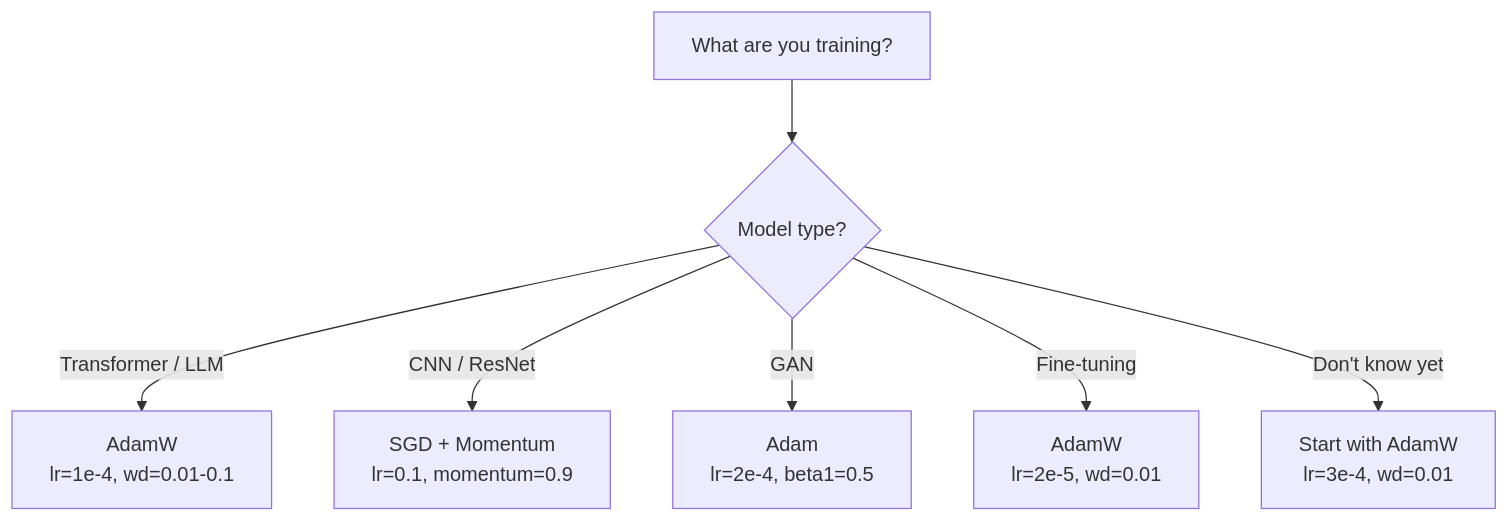
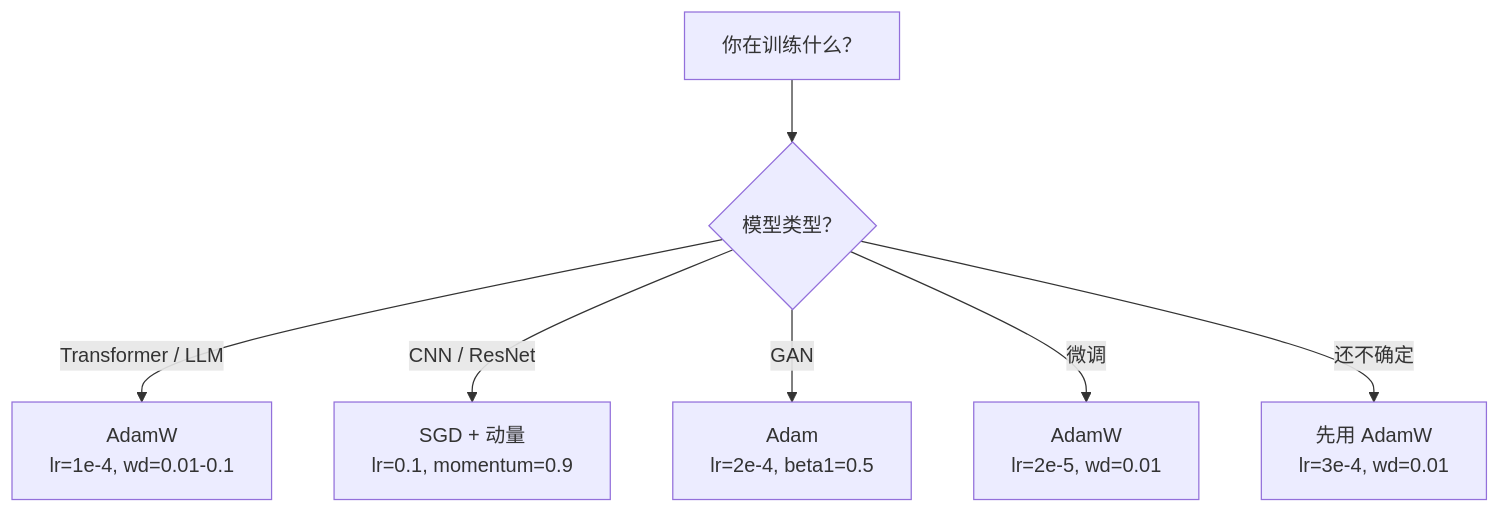
The third of 3 diagrams in phases/03-deep-learning-core/06-optimizers/docs/zh.md (alessandrodinisio-ai/ai-engineering-learning-framework), drawn with Mermaid before and after one commit. The commit also changed other lines of this file and 120 other files, not shown here.

First line of the commit message:
i18n(mermaid): 337 个 mermaid 图表标签中文化

````diff
--- a/phases/03-deep-learning-core/06-optimizers/docs/zh.md
+++ b/phases/03-deep-learning-core/06-optimizers/docs/zh.md
@@ -156,10 +156,10 @@
 ```mermaid
 flowchart TD
-    Task["What are you training?"] --> Type{"Model type?"}
+    Task["你在训练什么？"] --> Type{"模型类型？"}
 
     Type -->|"Transformer / LLM"| AdamW["AdamW<br/>lr=1e-4, wd=0.01-0.1"]
-    Type -->|"CNN / ResNet"| SGD_M["SGD + Momentum<br/>lr=0.1, momentum=0.9"]
+    Type -->|"CNN / ResNet"| SGD_M["SGD + 动量<br/>lr=0.1, momentum=0.9"]
     Type -->|"GAN"| Adam2["Adam<br/>lr=2e-4, beta1=0.5"]
-    Type -->|"Fine-tuning"| AdamW2["AdamW<br/>lr=2e-5, wd=0.01"]
-    Type -->|"Don't know yet"| Default["Start with AdamW<br/>lr=3e-4, wd=0.01"]
+    Type -->|"微调"| AdamW2["AdamW<br/>lr=2e-5, wd=0.01"]
+    Type -->|"还不确定"| Default["先用 AdamW<br/>lr=3e-4, wd=0.01"]
 ```
````
